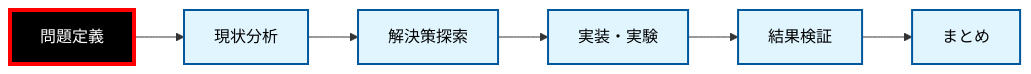
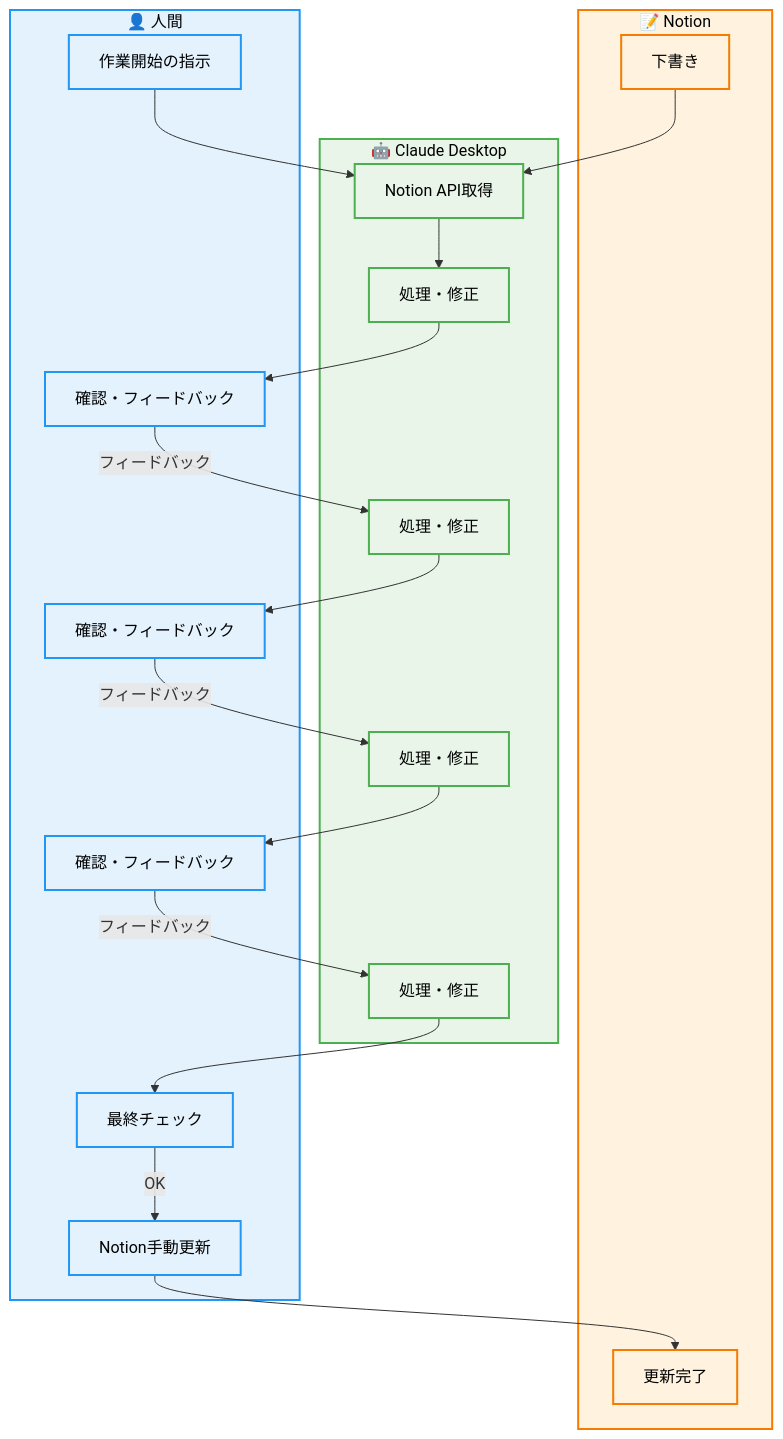
One commit to majikana-rinadehi/document-hub changed the first of 2 diagrams in output/2a6354cfb4ef80b5a170c24271c3e05d.md. Above: the diagram before and after it, drawn with Mermaid. The commit also changed other lines of this file and 1 other file, not shown here.

First line of the commit message:
feat: Update Notion article 2a6354cfb4ef80b5a170c24271c3e05d

````diff
--- a/output/2a6354cfb4ef80b5a170c24271c3e05d.md
+++ b/output/2a6354cfb4ef80b5a170c24271c3e05d.md
@@ -22,14 +167,45 @@
 ```mermaid
-flowchart LR
-    Problem[問題定義] --> Analysis[現状分析]
-    Analysis --> Solution[解決策探索]
-    Solution --> Implementation[実装・実験]
-    Implementation --> Validation[結果検証]
-    Validation --> Summary[まとめ]
-
-    classDef currentStep fill:#000,stroke:#ff0000,stroke-width:4px,color:#fff
-    classDef completed fill:#e1f5fe,stroke:#01579b,stroke-width:2px,color:#000
-
-    class Problem currentStep
-    class Analysis,Solution,Implementation,Validation,Summary completed
+flowchart TB
+    subgraph Notion["📝 Notion"]
+        Draft[下書き]
+        Final[更新完了]
+    end
+    
+    subgraph Claude["🤖 Claude Desktop"]
+        Fetch[Notion API取得]
+        Process0[処理・修正]
+        Process1[処理・修正]
+        Process2[処理・修正]
+        Process3[処理・修正]
+    end
+    
+    subgraph Human["👤 人間"]
+        Start[作業開始の指示]
+        Check1[確認・フィードバック]
+        Check2[確認・フィードバック]
+        Check3[確認・フィードバック]
+        FinalReview[最終チェック]
+        Update[Notion手動更新]
+    end
+    
+    Start --> Fetch
+    Draft --> Fetch
+    Fetch --> Process0
+    Process0 --> Check1
+    Check1 -->|フィードバック| Process1
+    Process1 --> Check2
+    Check2 -->|フィードバック| Process2
+    Process2 --> Check3
+    Check3 -->|フィードバック| Process3
+    Process3 --> FinalReview
+    FinalReview -->|OK| Update
+    Update --> Final
+    
+    classDef notionStyle fill:#fff3e0,stroke:#f57c00,stroke-width:2px,color:#000
+    classDef humanStyle fill:#e3f2fd,stroke:#2196f3,stroke-width:2px,color:#000
+    classDef claudeStyle fill:#e8f5e8,stroke:#4caf50,stroke-width:2px,color:#000
+    
+    class Draft,Final,Notion notionStyle
+    class Start,Check1,Check2,Check3,FinalReview,Update,Human humanStyle
+    class Fetch,Process0,Process1,Process2,Process3,Claude claudeStyle
 ```
````
